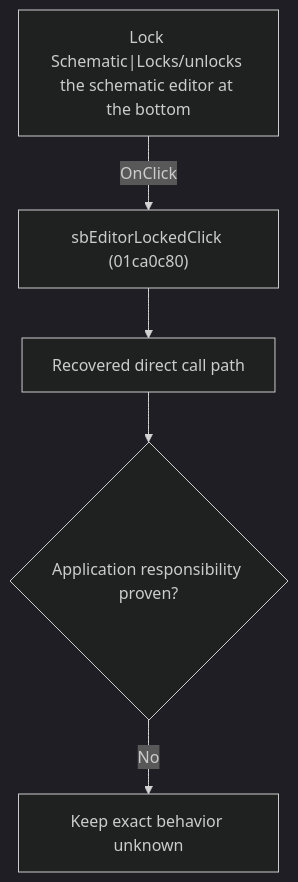
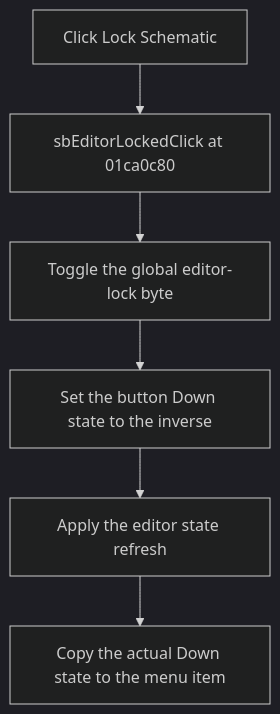
The diagram in docs/ui-controls/schematiceditor/sbeditorlocked-5f7c736059.md (MovGP0/TIARA), drawn with Mermaid (dark theme) before and after one commit. The commit also changed other lines of this file and 241 other files, not shown here.

````diff
--- a/docs/ui-controls/schematiceditor/sbeditorlocked-5f7c736059.md
+++ b/docs/ui-controls/schematiceditor/sbeditorlocked-5f7c736059.md
@@ -27,7 +25,8 @@
 ```mermaid
 flowchart TD
-    control["Lock Schematic|Locks/unlocks the schematic editor at the bottom"] -->|"OnClick"| handler["sbEditorLockedClick (01ca0c80)"]
-    handler --> recovered["Recovered direct call path"]
-    recovered --> gap{"Application responsibility proven?"}
-    gap -->|"No"| blocked["Keep exact behavior unknown"]
+    control["Click Lock Schematic"] --> handler["sbEditorLockedClick at 01ca0c80"]
+    handler --> toggle["Toggle the global editor-lock byte"]
+    toggle --> button["Set the button Down state to the inverse"]
+    button --> refresh["Apply the editor state refresh"]
+    refresh --> menu["Copy the actual Down state to the menu item"]
 ```
````
